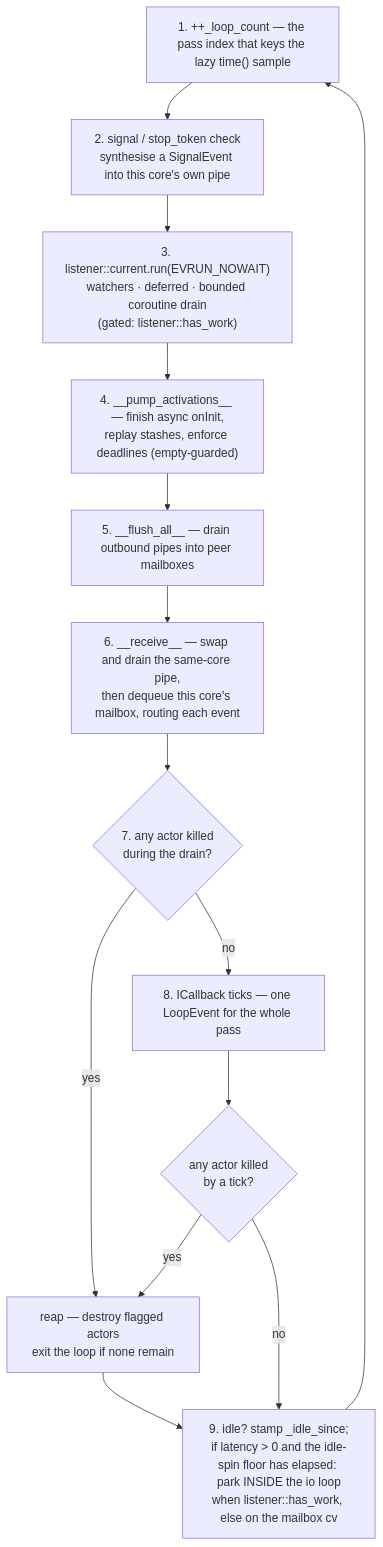
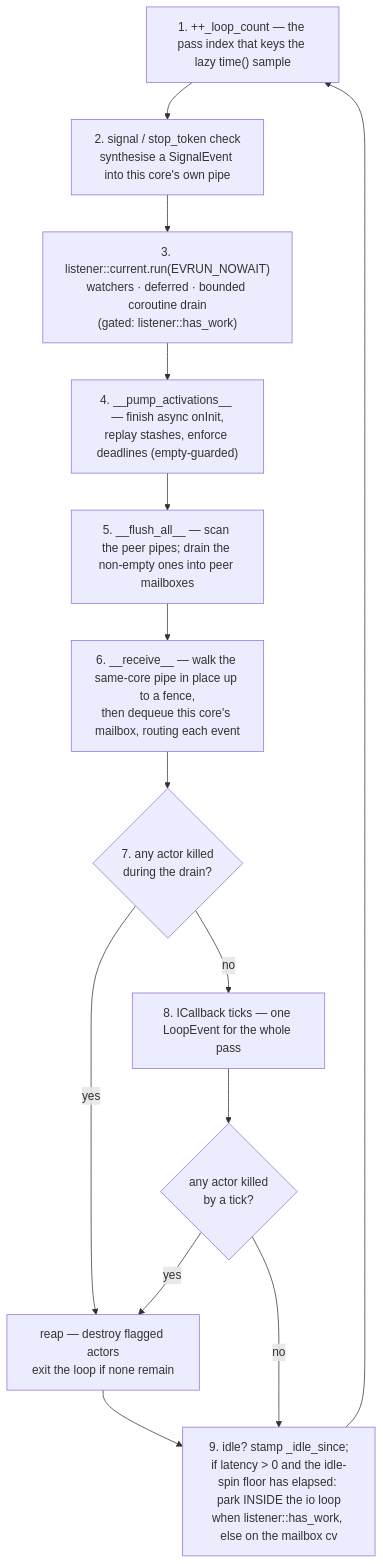
One commit to isndev/qb changed the second of 3 diagrams in readme/4_qb_core/engine.md. Above: the diagram before and after it, drawn with Mermaid. The commit also changed other lines of this file and 37 other files, not shown here.

````diff
--- a/readme/4_qb_core/engine.md
+++ b/readme/4_qb_core/engine.md
@@ -204,16 +203,16 @@
 ```mermaid
 flowchart TD
     T["1. ++_loop_count — the pass index that keys the lazy time() sample"] --> S
     S["2. signal / stop_token check<br/>synthesise a SignalEvent into this core's own pipe"] --> IO
     IO["3. listener::current.run(EVRUN_NOWAIT)<br/>watchers · deferred · bounded coroutine drain<br/>(gated: listener::has_work)"] --> ACT
     ACT["4. __pump_activations__ — finish async onInit,<br/>replay stashes, enforce deadlines (empty-guarded)"] --> FL
-    FL["5. __flush_all__ — drain outbound pipes into peer mailboxes"] --> RC
-    RC["6. __receive__ — swap and drain the same-core pipe,<br/>then dequeue this core's mailbox, routing each event"] --> K1
+    FL["5. __flush_all__ — scan the peer pipes; drain the non-empty ones into peer mailboxes"] --> RC
+    RC["6. __receive__ — walk the same-core pipe in place up to a fence,<br/>then dequeue this core's mailbox, routing each event"] --> K1
     K1{"7. any actor killed<br/>during the drain?"} -->|yes| REAP
     K1 -->|no| CB
     CB["8. ICallback ticks — one LoopEvent for the whole pass"] --> K2
     K2{"any actor killed<br/>by a tick?"} -->|yes| REAP
     K2 -->|no| IDLE
     REAP["reap — destroy flagged actors<br/>exit the loop if none remain"] --> IDLE
     IDLE["9. idle? stamp _idle_since;<br/>if latency &gt; 0 and the idle-spin floor has elapsed: park INSIDE the io loop<br/>when listener::has_work, else on the mailbox cv"] --> T
 ```
````
